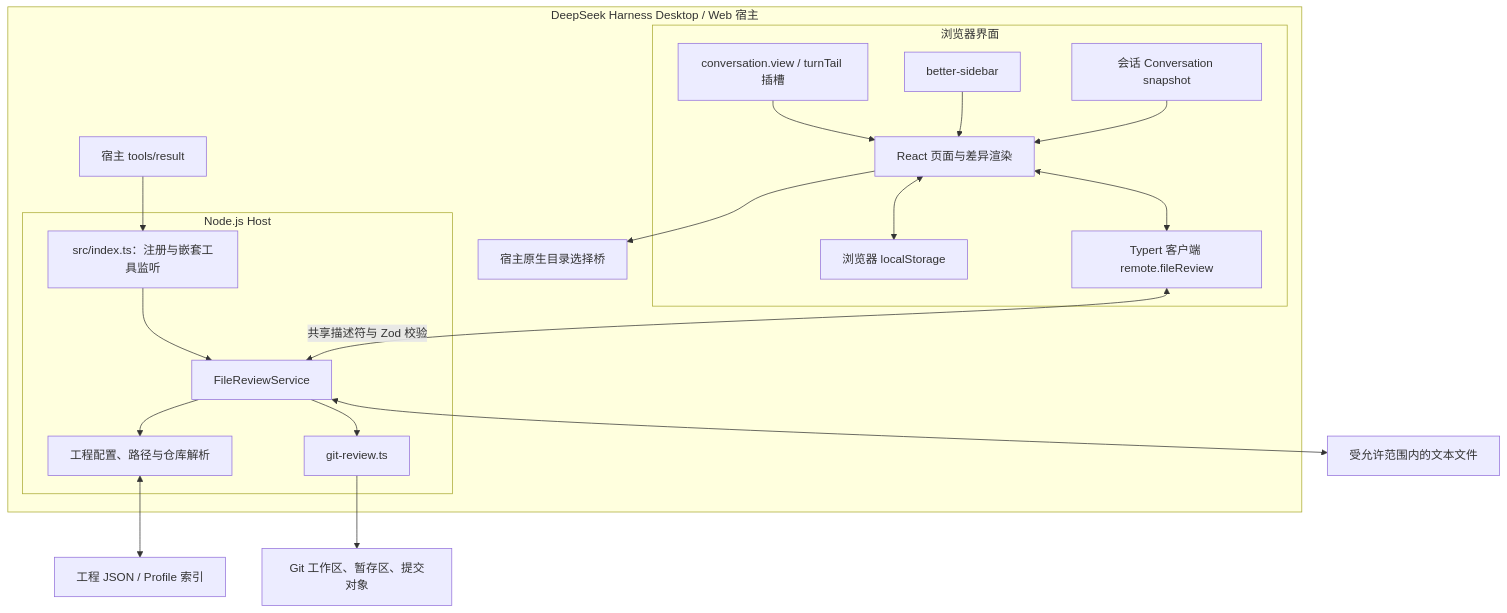
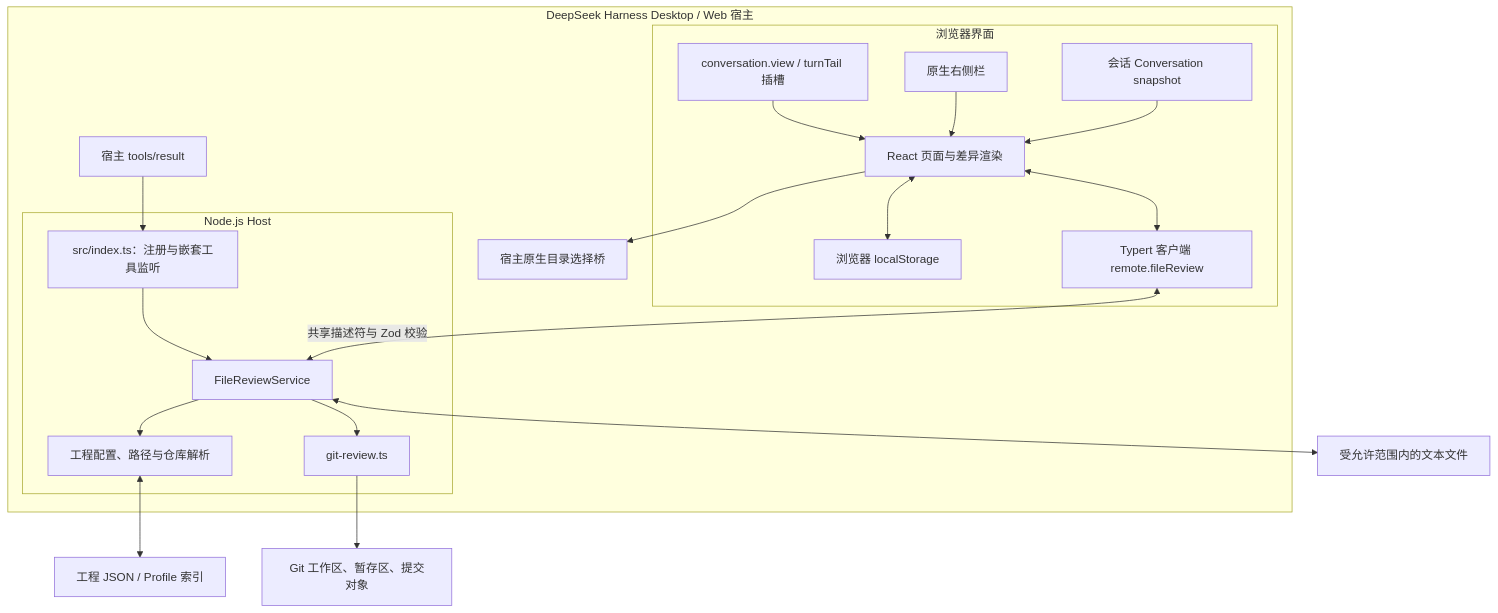
The first of 2 diagrams in docs/ARCHITECTURE.md (wuqingzhong2020/dsh-file-review-tab-Multi-git-repository), drawn with Mermaid before and after one commit. The commit also changed other lines of this file and 79 other files, not shown here.

Commit message:
fix: 解耦dsh-better-sidebar， 不再依赖这个插件

```diff
--- a/docs/ARCHITECTURE.md
+++ b/docs/ARCHITECTURE.md
@@ -34,33 +34,33 @@
 ~~~mermaid
 flowchart TB
   subgraph Desktop["DeepSeek Harness Desktop / Web 宿主"]
     subgraph Browser["浏览器界面"]
       Slots["conversation.view / turnTail 插槽"]
-      Sidebar["better-sidebar"]
+      Sidebar["原生右侧栏"]
       UI["React 页面与差异渲染"]
       Snapshot["会话 Conversation snapshot"]
       Local["浏览器 localStorage"]
       Remote["Typert 客户端 remote.fileReview"]
       Slots --> UI
       Sidebar --> UI
       Snapshot --> UI
       UI <--> Local
       UI <--> Remote
     end
     subgraph Host["Node.js Host"]
       Entry["src/index.ts：注册与嵌套工具监听"]
       Service["FileReviewService"]
       Workspace["工程配置、路径与仓库解析"]
       Git["git-review.ts"]
       Entry --> Service
       Service --> Workspace
       Service --> Git
     end
     Remote <-->|"共享描述符与 Zod 校验"| Service
     Tools["宿主 tools/result"] --> Entry
     UI --> Picker["宿主原生目录选择桥"]
   end
   Workspace <--> Config["工程 JSON / Profile 索引"]
   Service <--> Files["受允许范围内的文本文件"]
   Git --> GitRepos["Git 工作区、暂存区、提交对象"]
 ~~~
```
